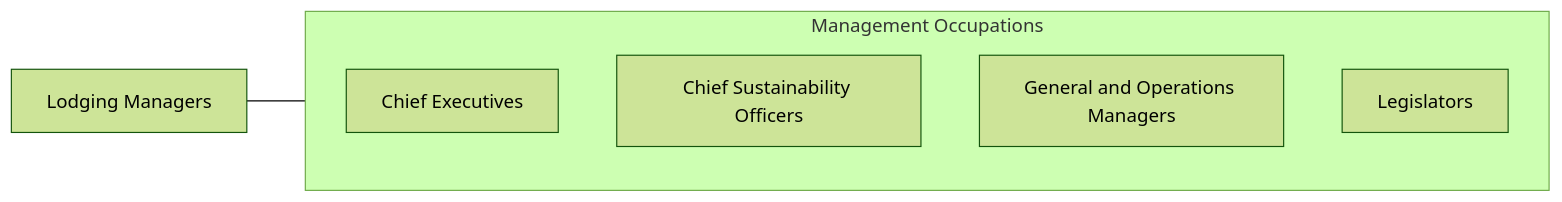
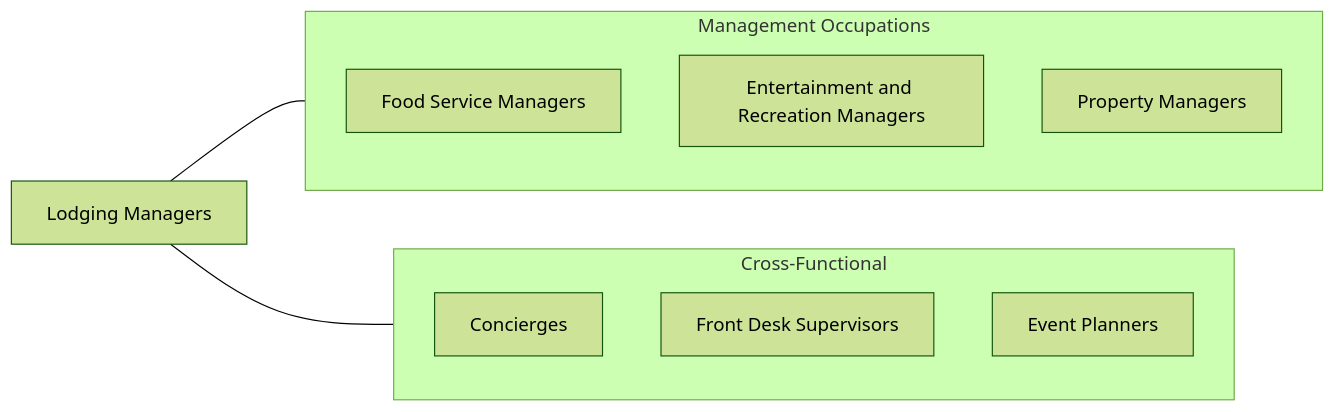
Before and after one commit to kziemski/business.org.ai: the fourth of 4 diagrams in occupations/Management/LodgingManagers.mdx, drawn with Mermaid (forest theme). The commit also changed other lines of this file and 938 other files, not shown here.

````diff
--- a/occupations/Management/LodgingManagers.mdx
+++ b/occupations/Management/LodgingManagers.mdx
@@ -102,13 +154,19 @@
 ```mermaid
 graph LR
-    Current["Lodging Managers"]
+    LM["Lodging Managers"]
 
     subgraph SameCategory["Management Occupations"]
-        ChiefExecutives["Chief Executives"]
-        ChiefSustainabilityO["Chief Sustainability Officers"]
-        GeneralAndOperations["General and Operations Managers"]
-        Legislators["Legislators"]
+        FSM["Food Service Managers"]
+        ERM["Entertainment and Recreation Managers"]
+        PM["Property Managers"]
     end
 
-    Current --- SameCategory
+    subgraph CrossFunctional["Cross-Functional"]
+        Conc["Concierges"]
+        FDS["Front Desk Supervisors"]
+        EM["Event Planners"]
+    end
+
+    LM --- SameCategory
+    LM --- CrossFunctional
 ```
````
